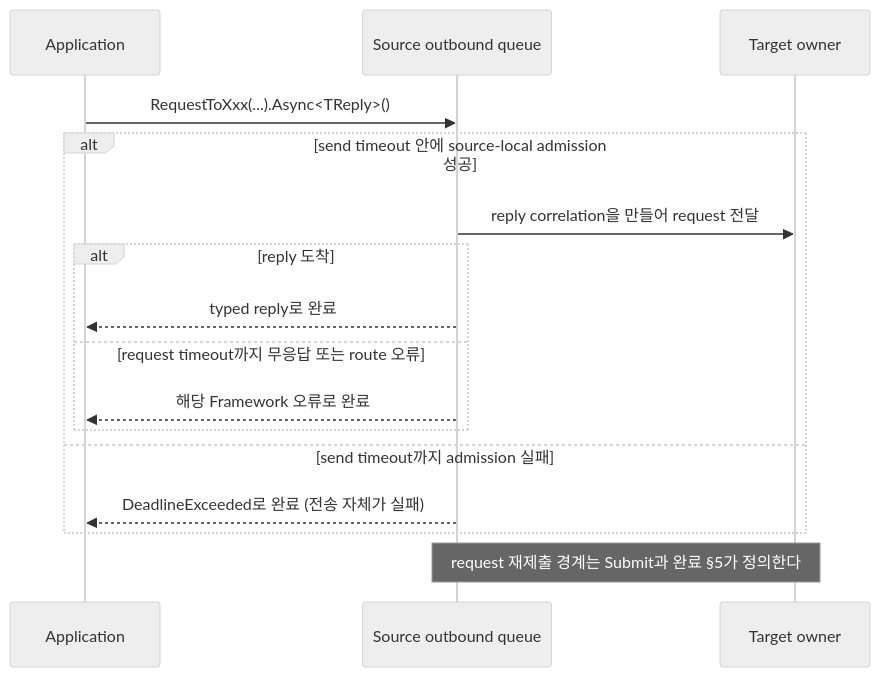
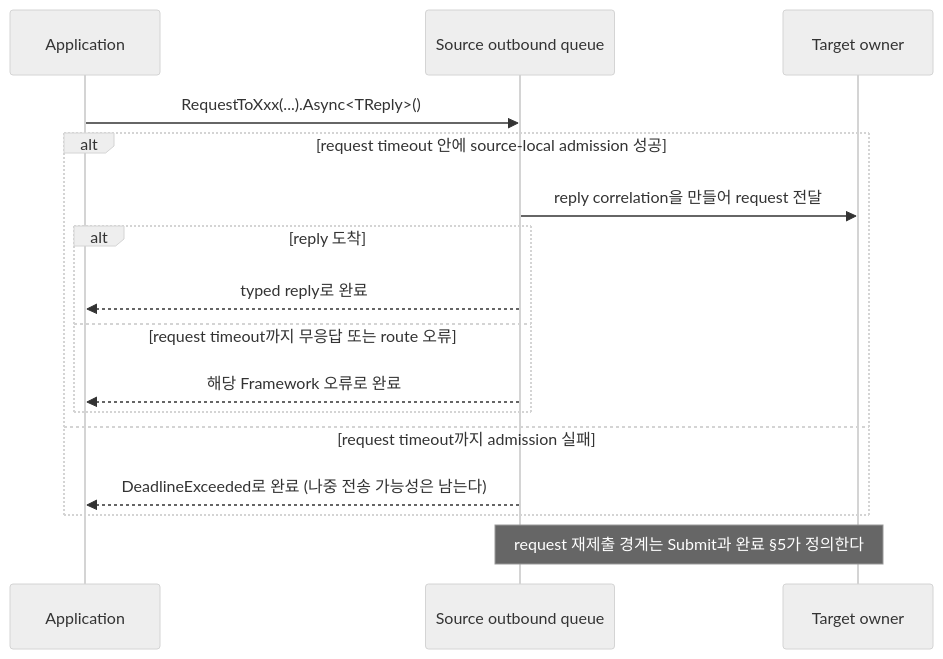
The third of 4 diagrams in framework/doc/framework/common/spec/server/00-foundation/04-interaction-model.ko.md (zlink-systems/zlink), drawn with Mermaid (neutral theme) before and after one commit. The commit also changed other lines of this file and 64 other files, not shown here.

````diff
--- a/framework/doc/framework/common/spec/server/00-foundation/04-interaction-model.ko.md
+++ b/framework/doc/framework/common/spec/server/00-foundation/04-interaction-model.ko.md
@@ -183,19 +183,19 @@
 ```mermaid
 sequenceDiagram
     participant App as Application
     participant Src as Source outbound queue
     participant Tgt as Target owner
 
     App->>Src: RequestToXxx(...).Async<TReply>()
-    alt send timeout 안에 source-local admission 성공
+    alt request timeout 안에 source-local admission 성공
         Src->>Tgt: reply correlation을 만들어 request 전달
         alt reply 도착
             Src-->>App: typed reply로 완료
         else request timeout까지 무응답 또는 route 오류
             Src-->>App: 해당 Framework 오류로 완료
         end
-    else send timeout까지 admission 실패
-        Src-->>App: DeadlineExceeded로 완료 (전송 자체가 실패)
+    else request timeout까지 admission 실패
+        Src-->>App: DeadlineExceeded로 완료 (나중 전송 가능성은 남는다)
     end
     Note over Src,Tgt: request 재제출 경계는 Submit과 완료 §5가 정의한다
 ```
````
